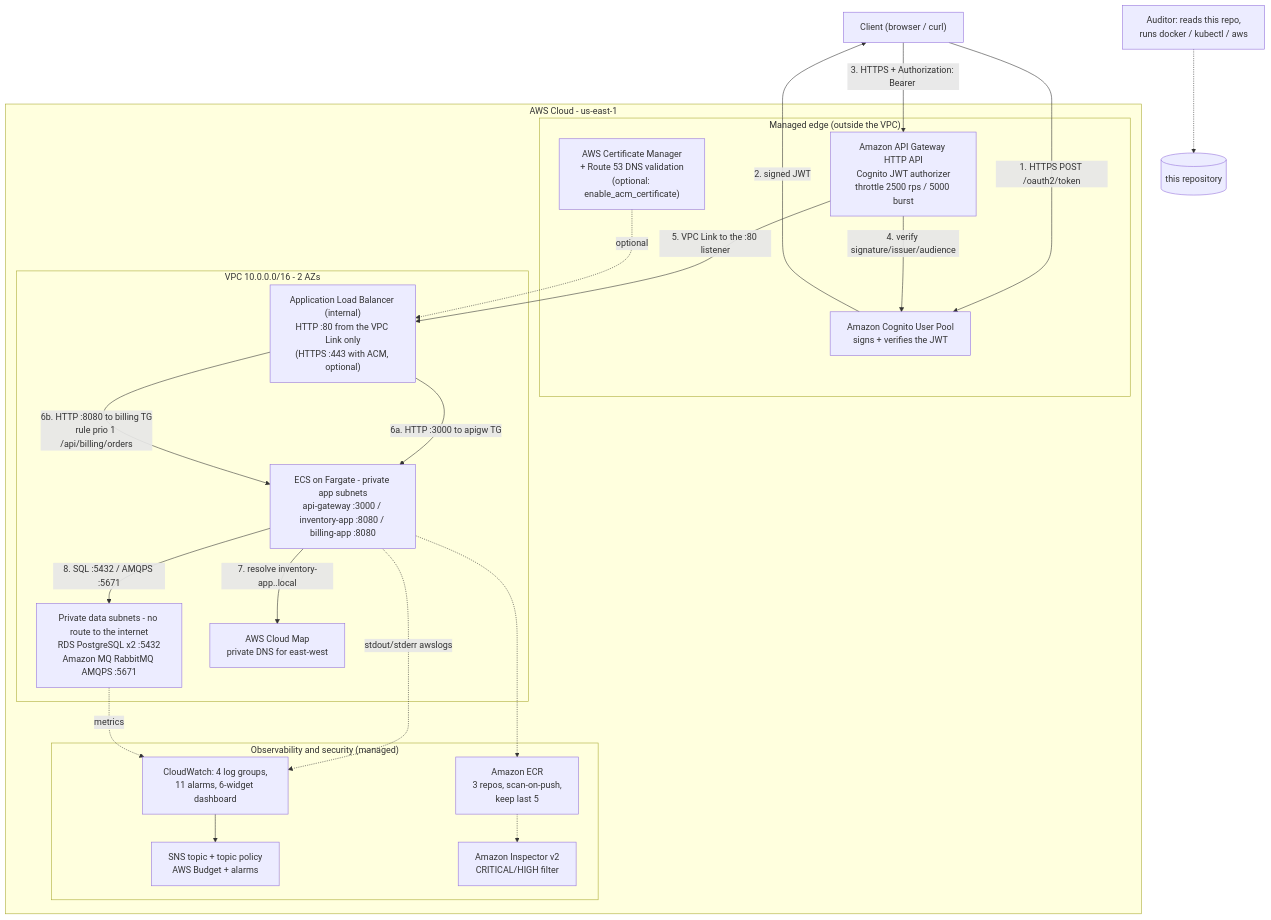
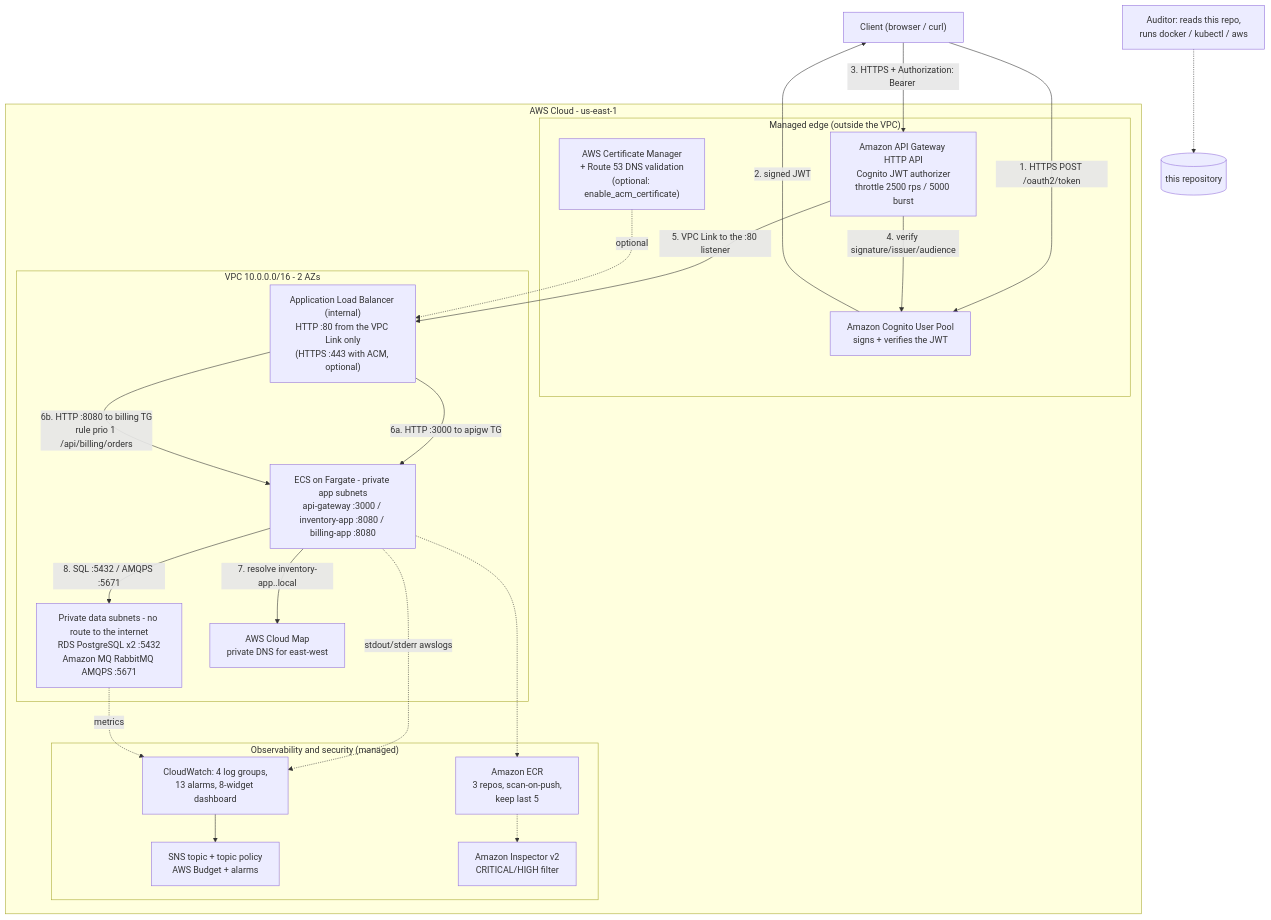
One commit to ertval/cloud-design changed the first of 3 diagrams in README.md. Above: the diagram before and after it, drawn with Mermaid. The commit also changed other lines of this file and 4 other files, not shown here.

Commit message:
fix: T12 target health widget per target group, T13 Logs Insights widgets, T14 queue consumer alarms

````diff
--- a/README.md
+++ b/README.md
@@ -51,44 +51,44 @@
 ```mermaid
 flowchart TB
     Client["Client (browser / curl)"]
     Auditor["Auditor: reads this repo,<br/>runs docker / kubectl / aws"]
 
     subgraph AWS["AWS Cloud - us-east-1"]
         subgraph Edge["Managed edge (outside the VPC)"]
             APIGW["Amazon API Gateway HTTP API<br/>Cognito JWT authorizer<br/>throttle 2500 rps / 5000 burst"]
             Cognito["Amazon Cognito User Pool<br/>signs + verifies the JWT"]
             ACM["AWS Certificate Manager<br/>+ Route 53 DNS validation<br/>(optional: enable_acm_certificate)"]
         end
 
         subgraph VPC["VPC 10.0.0.0/16 - 2 AZs"]
             ALB["Application Load Balancer (internal)<br/>HTTP :80 from the VPC Link only<br/>(HTTPS :443 with ACM, optional)"]
             AppTier["ECS on Fargate - private app subnets<br/>api-gateway :3000 / inventory-app :8080 / billing-app :8080"]
             DataTier["Private data subnets - no route to the internet<br/>RDS PostgreSQL x2 :5432<br/>Amazon MQ RabbitMQ AMQPS :5671"]
             CloudMap["AWS Cloud Map<br/>private DNS for east-west"]
         end
 
         subgraph Ops["Observability and security (managed)"]
-            CW["CloudWatch: 4 log groups,<br/>11 alarms, 6-widget dashboard"]
+            CW["CloudWatch: 4 log groups,<br/>13 alarms, 8-widget dashboard"]
             SNS["SNS topic + topic policy<br/>AWS Budget + alarms"]
             ECR["Amazon ECR<br/>3 repos, scan-on-push,<br/>keep last 5"]
             Insp["Amazon Inspector v2<br/>CRITICAL/HIGH filter"]
         end
     end
 
     Client -->|"1. HTTPS POST /oauth2/token"| Cognito
     Cognito -->|"2. signed JWT"| Client
     Client -->|"3. HTTPS + Authorization: Bearer <JWT>"| APIGW
     APIGW -->|"4. verify signature/issuer/audience"| Cognito
     APIGW -->|"5. VPC Link to the :80 listener"| ALB
     ALB -->|"6a. HTTP :3000 to apigw TG"| AppTier
     ALB -->|"6b. HTTP :8080 to billing TG<br/>rule prio 1 /api/billing/orders"| AppTier
     AppTier -->|"7. resolve inventory-app.<ns>.local"| CloudMap
     AppTier -->|"8. SQL :5432 / AMQPS :5671"| DataTier
     AppTier -.->|"stdout/stderr awslogs"| CW
     DataTier -.->|"metrics"| CW
     CW --> SNS
     AppTier -.-> ECR
     ECR -.-> Insp
     ACM -.->|"optional"| ALB
     Auditor -.-> Repo[("this repository")]
 ```
````
